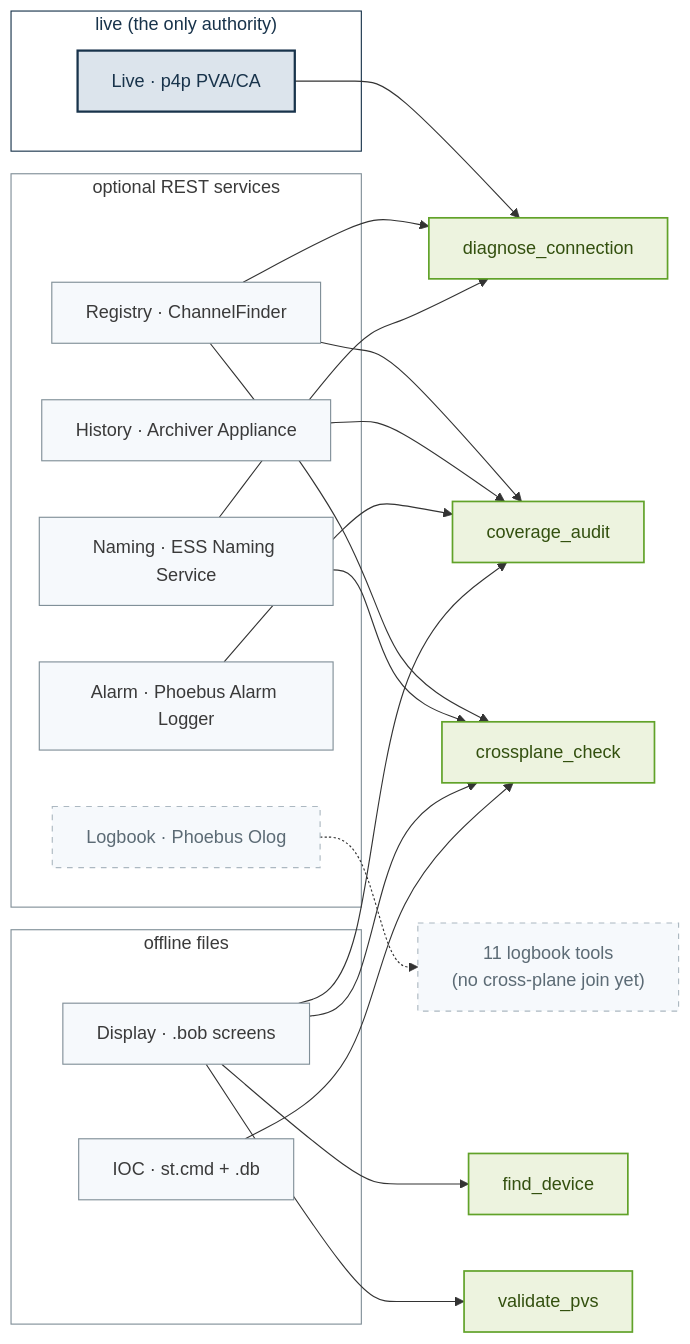
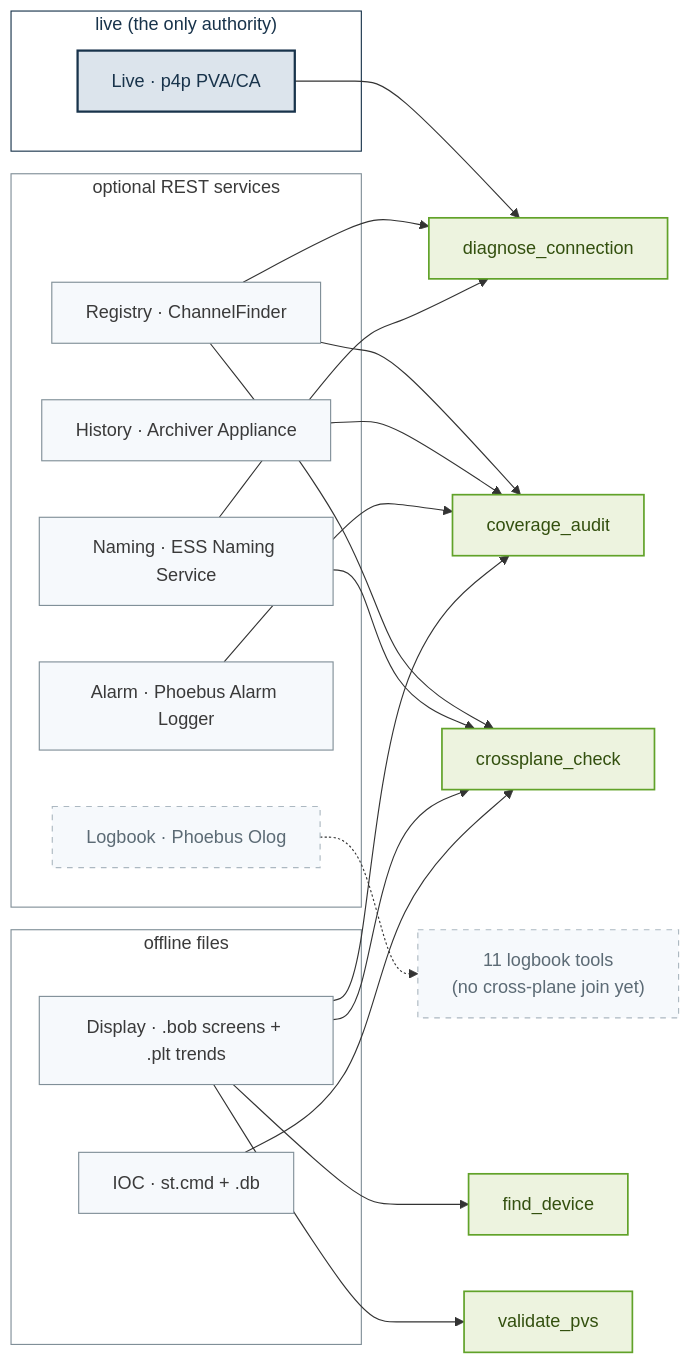
The second of 2 diagrams in ARCHITECTURE.md (epicDirk/EPICS-MCP), drawn with Mermaid before and after one commit. The commit also changed 7 other files, not shown here.

````diff
--- a/ARCHITECTURE.md
+++ b/ARCHITECTURE.md
@@ -51,44 +51,44 @@
 ```mermaid
 graph LR
     subgraph liveplane["live (the only authority)"]
       live["Live · p4p PVA/CA"]
     end
     subgraph rest["optional REST services"]
       cf["Registry · ChannelFinder"]
       arch["History · Archiver Appliance"]
       alarm["Alarm · Phoebus Alarm Logger"]
       naming["Naming · ESS Naming Service"]
       olog["Logbook · Phoebus Olog"]
     end
     subgraph files["offline files"]
-      disp["Display · .bob screens"]
+      disp["Display · .bob screens + .plt trends"]
       ioc["IOC · st.cmd + .db"]
     end
 
     live --> diag[diagnose_connection]
     cf --> diag & cov[coverage_audit] & xp[crossplane_check]
     arch --> cov
     alarm --> cov
     naming --> diag & xp
     disp --> cov & xp & fd[find_device] & val[validate_pvs]
     ioc --> xp
     olog -.-> logtools["11 logbook tools<br/>(no cross-plane join yet)"]
 
     %% Same EPICS palette. Navy marks the one authoritative plane, green the analyses that
     %% consume the planes, grey the explanatory ones, dashed grey the join that does not exist.
     classDef authority fill:#DCE4EC,stroke:#18334B,stroke-width:2px,color:#18334B
     classDef plane fill:#F6F9FC,stroke:#808F98,stroke-width:1px,color:#3A3A3A
     classDef analysis fill:#EDF3DF,stroke:#61A229,stroke-width:1.5px,color:#33500F
     %% The "muted" signal lives in the dashed stroke, NOT in washed-out text: #808F98 on this fill
     %% measures 3.15:1, below WCAG AA. #5C6B75 is the same blue-grey, darkened to 5.21:1.
     classDef gap fill:#F6F9FC,stroke:#ACB8C1,stroke-width:1px,color:#5C6B75,stroke-dasharray: 5 5
 
     class live authority
     class cf,arch,alarm,naming,disp,ioc plane
     class diag,cov,xp,fd,val analysis
     class olog,logtools gap
 
     style liveplane fill:#FFFFFF,stroke:#18334B,stroke-width:1px,color:#18334B
     style rest fill:#FFFFFF,stroke:#808F98,stroke-width:1px,color:#3A3A3A
     style files fill:#FFFFFF,stroke:#808F98,stroke-width:1px,color:#3A3A3A
 ```
````
